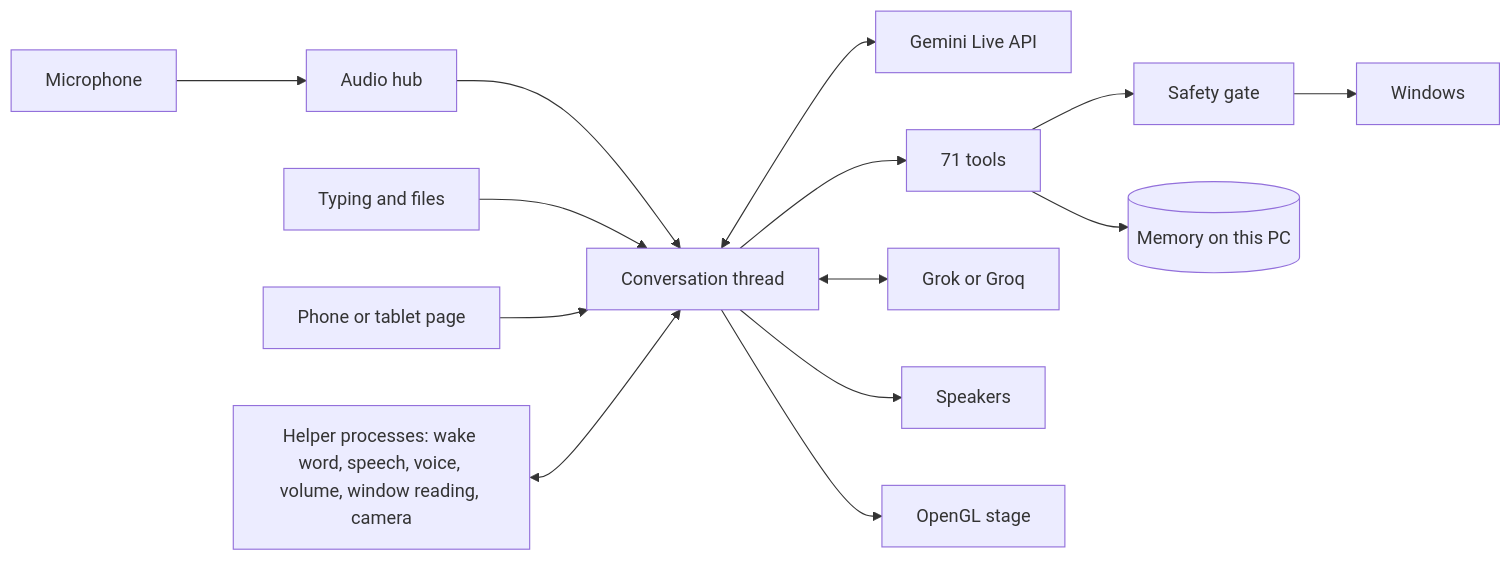
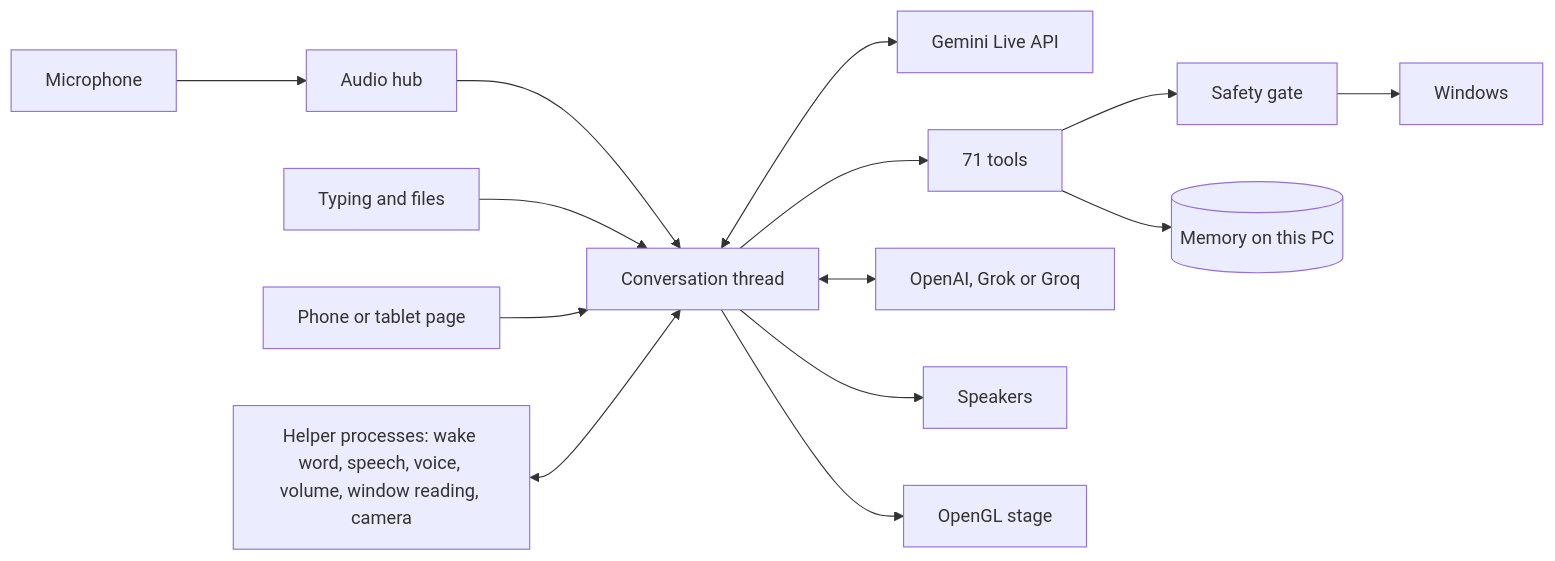
Before and after one commit to SAMIJAVED217/ALPHA: the second of 2 diagrams in README.md, drawn with Mermaid. The commit also changed other lines of this file and 7 other files, not shown here.

First line of the commit message:
Add OpenAI as the first-choice second AI

````diff
--- a/README.md
+++ b/README.md
@@ -279,16 +281,16 @@
 ```mermaid
 flowchart LR
     Mic[Microphone] --> Hub[Audio hub]
     Hub --> Talk[Conversation thread]
     Keys[Typing and files] --> Talk
     Talk <--> Gemini[Gemini Live API]
     Talk --> Tools[71 tools]
-    Talk <--> Second[Grok or Groq]
+    Talk <--> Second[OpenAI, Grok or Groq]
     Phone[Phone or tablet page] --> Talk
     Tools --> Gate[Safety gate]
     Gate --> PC[Windows]
     Tools --> Memory[(Memory on this PC)]
     Talk --> Speaker[Speakers]
     Talk --> Stage[OpenGL stage]
     Helpers[Helper processes: wake word, speech, voice, volume, window reading, camera] <--> Talk
 ```
````
